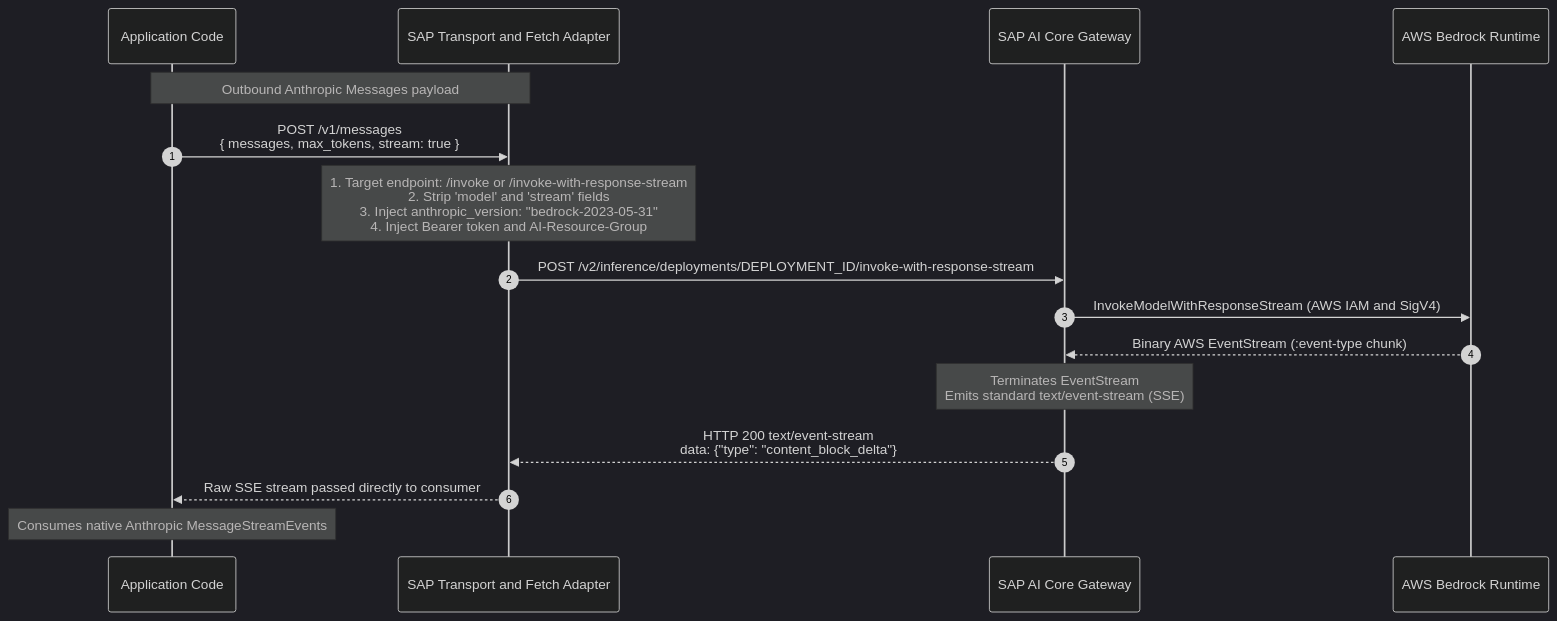
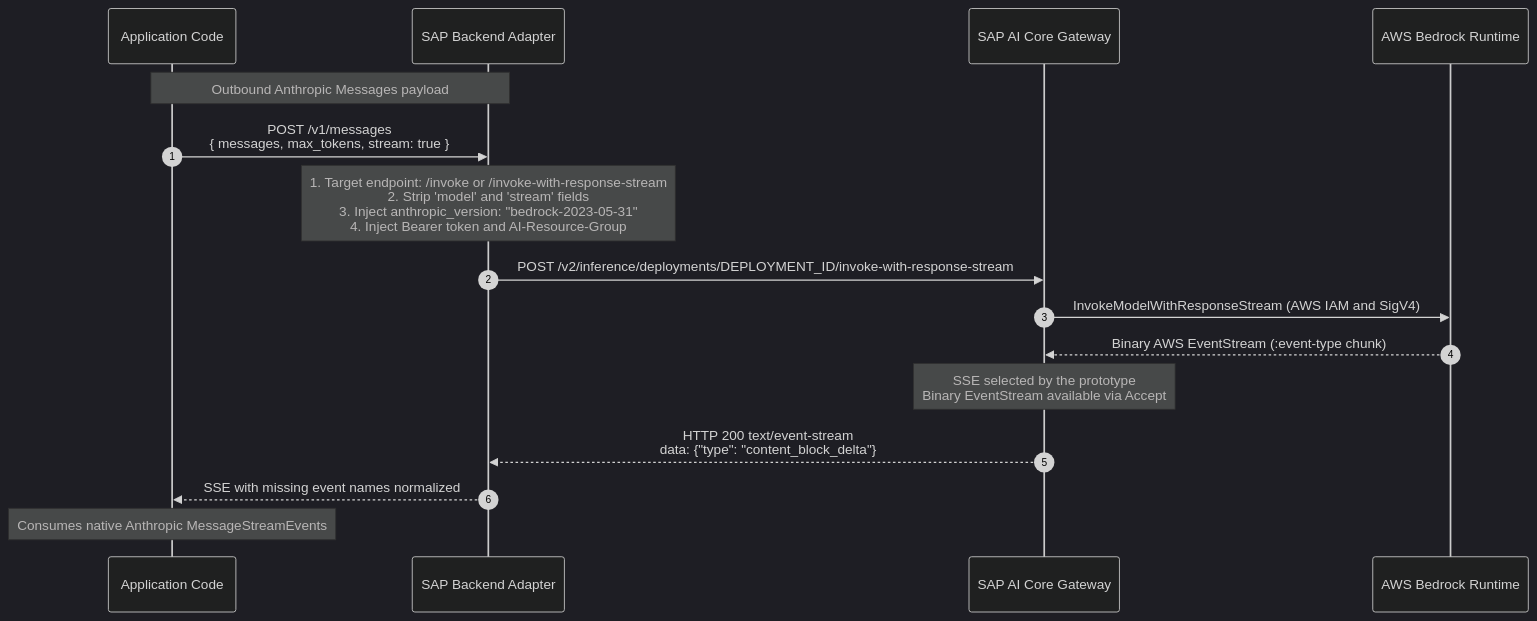
The diagram in adr/014-aws-bedrock-foundation-models.md (SAP/ai-sdk-js), drawn with Mermaid (dark theme) before and after one commit. The commit also changed other lines of this file, not shown here.

````diff
--- a/adr/014-aws-bedrock-foundation-models.md
+++ b/adr/014-aws-bedrock-foundation-models.md
@@ -58,19 +75,19 @@
 ```mermaid
 sequenceDiagram
     autonumber
     participant App as Application Code
-    participant Adapter as SAP Transport and Fetch Adapter
+    participant Adapter as SAP Backend Adapter
     participant AICore as SAP AI Core Gateway
     participant Bedrock as AWS Bedrock Runtime
 
     Note over App,Adapter: Outbound Anthropic Messages payload
     App->>Adapter: POST /v1/messages<br/>{ messages, max_tokens, stream: true }
     Note over Adapter: 1. Target endpoint: /invoke or /invoke-with-response-stream<br/>2. Strip 'model' and 'stream' fields<br/>3. Inject anthropic_version: "bedrock-2023-05-31"<br/>4. Inject Bearer token and AI-Resource-Group
     Adapter->>AICore: POST /v2/inference/deployments/DEPLOYMENT_ID/invoke-with-response-stream
     AICore->>Bedrock: InvokeModelWithResponseStream (AWS IAM and SigV4)
     Bedrock-->>AICore: Binary AWS EventStream (:event-type chunk)
-    Note over AICore: Terminates EventStream<br/>Emits standard text/event-stream (SSE)
+    Note over AICore: SSE selected by the prototype<br/>Binary EventStream available via Accept
     AICore-->>Adapter: HTTP 200 text/event-stream<br/>data: {"type": "content_block_delta"}
-    Adapter-->>App: Raw SSE stream passed directly to consumer
+    Adapter-->>App: SSE with missing event names normalized
     Note over App: Consumes native Anthropic MessageStreamEvents
 ```
````
